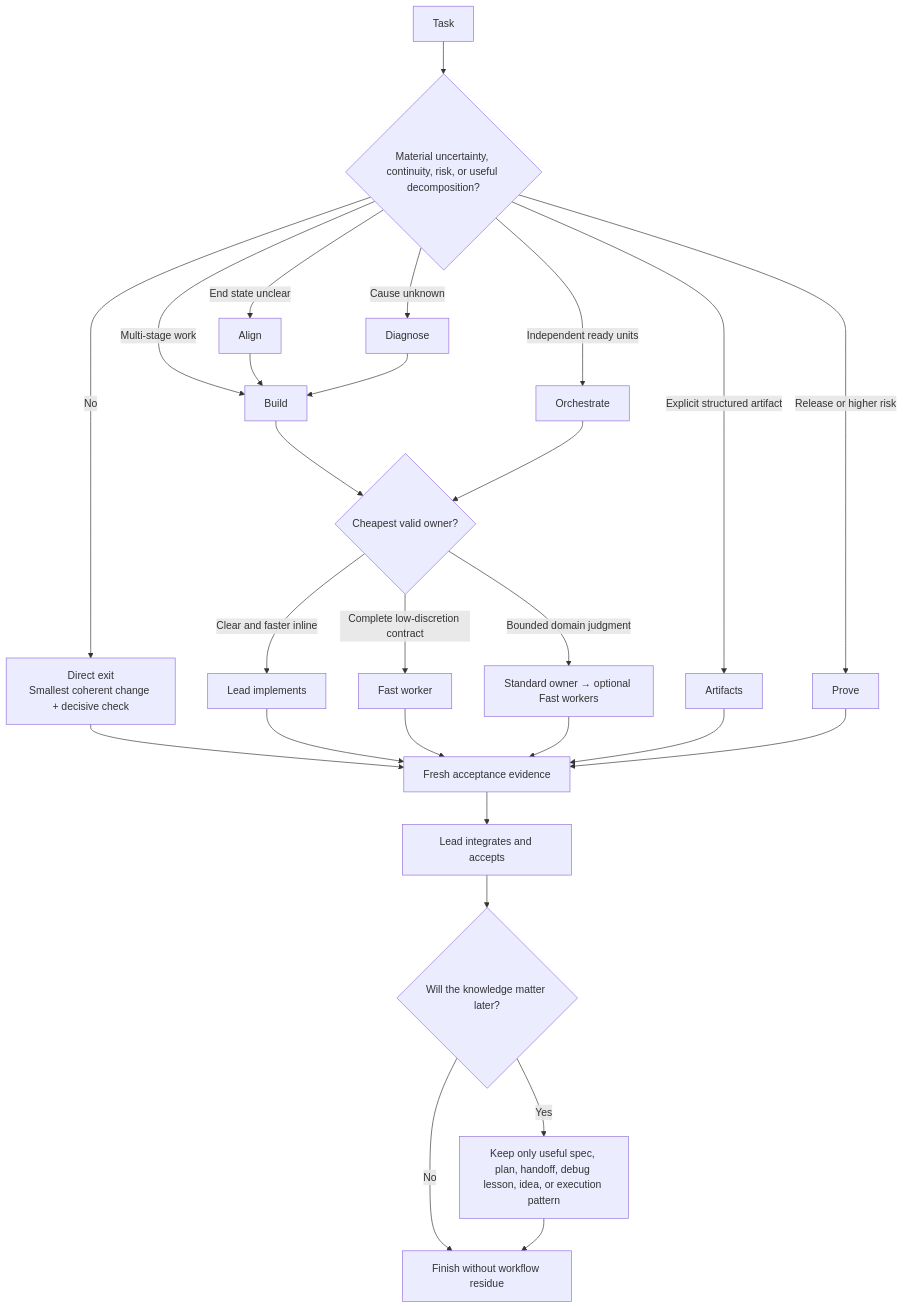
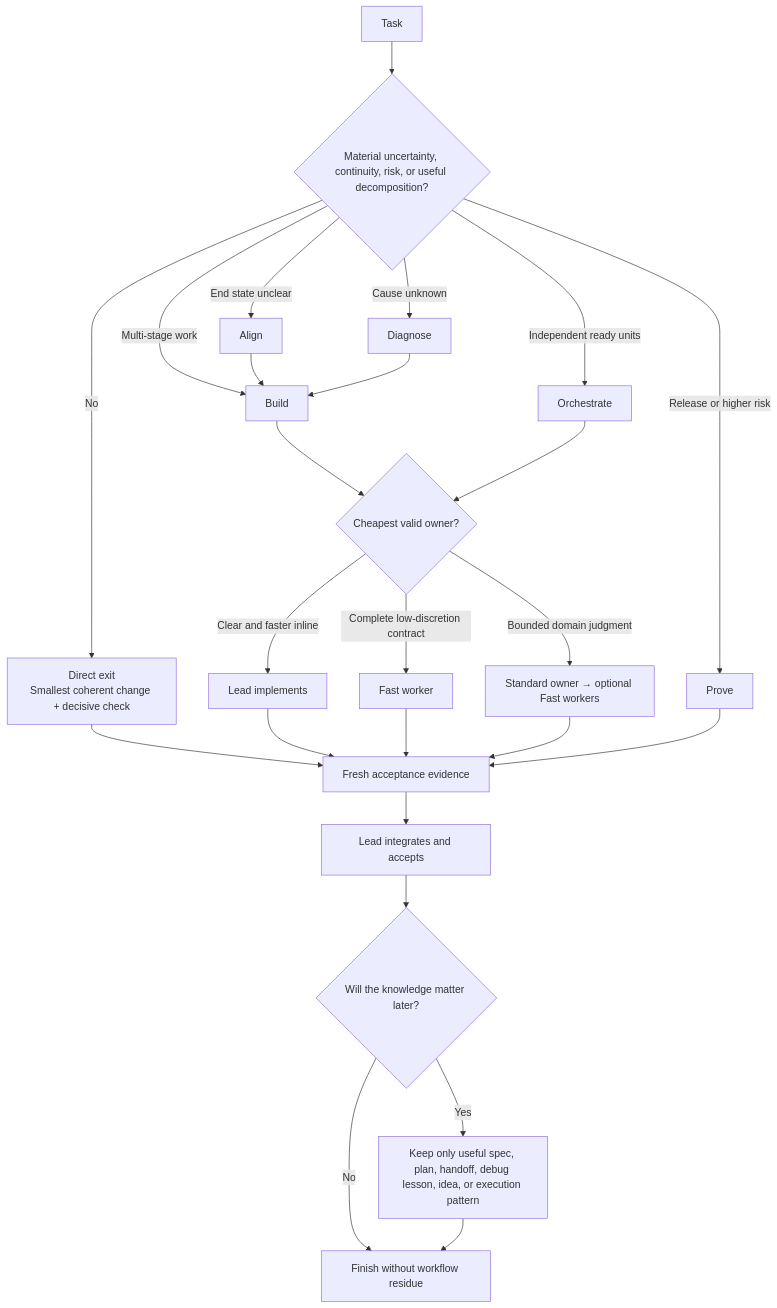
One commit to blackstone2333/goldilocks changed the diagram in README.md. Above: the diagram before and after it, drawn with Mermaid. The commit also changed other lines of this file and 2 other files, not shown here.

Commit message:
docs: stop promoting artifact orchestration

````diff
--- a/README.md
+++ b/README.md
@@ -42,29 +41,27 @@
 ```mermaid
 flowchart TD
     A["Task"] --> B{"Material uncertainty, continuity, risk, or useful decomposition?"}
     B -- "No" --> C["Direct exit<br/>Smallest coherent change + decisive check"]
     B -- "End state unclear" --> D["Align"]
     B -- "Cause unknown" --> E["Diagnose"]
     B -- "Multi-stage work" --> F["Build"]
     B -- "Independent ready units" --> G["Orchestrate"]
     B -- "Release or higher risk" --> H["Prove"]
-    B -- "Explicit structured artifact" --> I["Artifacts"]
     D --> F
     E --> F
     F --> J{"Cheapest valid owner?"}
     G --> J
     J -- "Clear and faster inline" --> K["Lead implements"]
     J -- "Complete low-discretion contract" --> L["Fast worker"]
     J -- "Bounded domain judgment" --> M["Standard owner → optional Fast workers"]
     C --> N["Fresh acceptance evidence"]
     K --> N
     L --> N
     M --> N
-    I --> N
     H --> N
     N --> O["Lead integrates and accepts"]
     O --> P{"Will the knowledge matter later?"}
     P -- "Yes" --> Q["Keep only useful spec, plan, handoff, debug lesson, idea, or execution pattern"]
     P -- "No" --> R["Finish without workflow residue"]
     Q --> R
 ```
````
